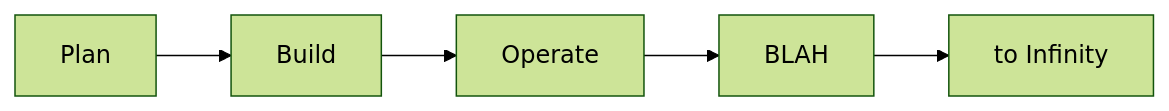
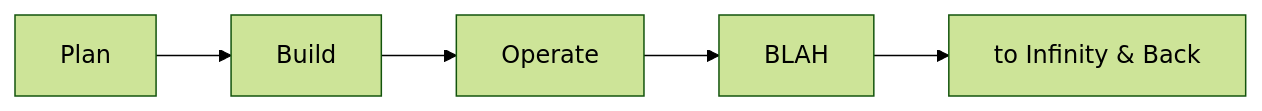
Before and after one commit to lukeoson/lukeoson-mkdocs: the diagram in docs/blog/posts/post05-event-autocon1.md, drawn with Mermaid (forest theme). The commit also changed other lines of this file and 1 other file, not shown here.

````diff
--- a/docs/blog/posts/post05-event-autocon1.md
+++ b/docs/blog/posts/post05-event-autocon1.md
@@ -47,4 +45,4 @@
     ```mermaid
     graph LR
-        A[Plan] --> B[Build] --> C[Operate] --> D[BLAH] --> E[to Infinity]
+        A[Plan] --> B[Build] --> C[Operate] --> D[BLAH] --> E[to Infinity & Back]
     ```
````
